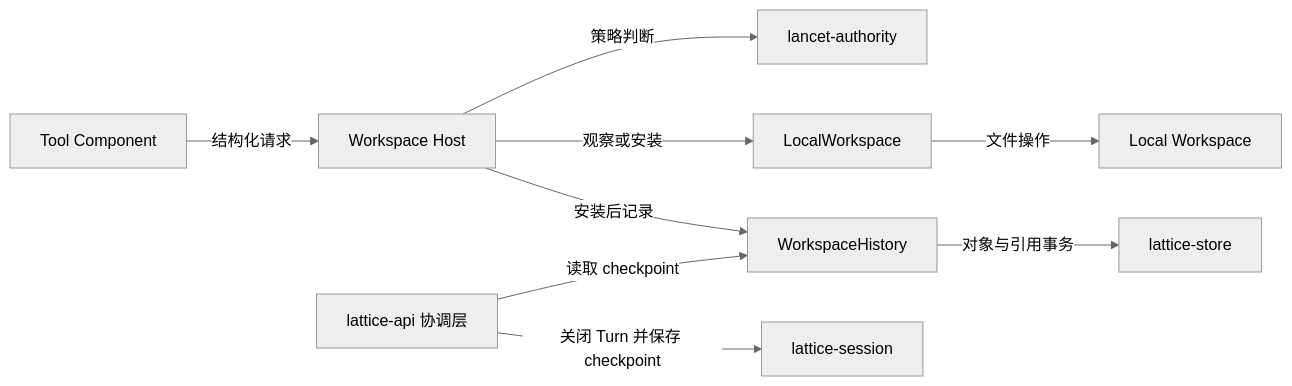
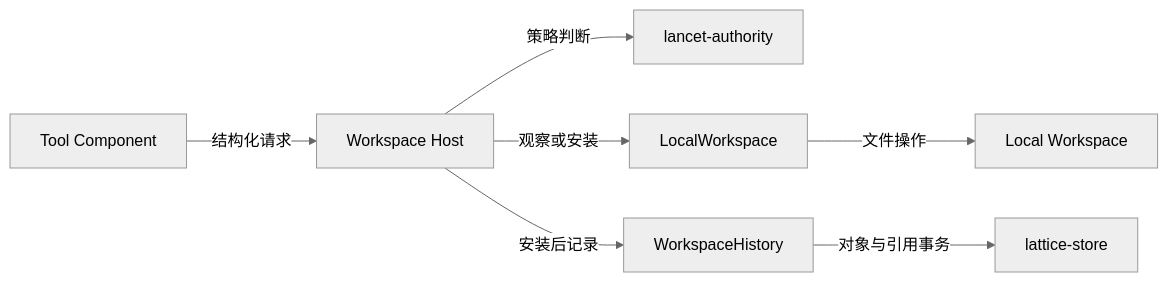
One commit to Skyline10124/lattice changed the diagram in docs/architecture/workspace.md. Above: the diagram before and after it, drawn with Mermaid (neutral theme). The commit also changed other lines of this file and 6 other files, not shown here.

First line of the commit message:
docs(architecture): 删除 Turn checkpoint，定义 Turn 末节点（待批准）

````diff
--- a/docs/architecture/workspace.md
+++ b/docs/architecture/workspace.md
@@ -45,11 +44,9 @@
 ```mermaid
 flowchart LR
     T["Tool Component"] -->|结构化请求| H["Workspace Host"]
     H -->|策略判断| P["lancet-authority"]
     H -->|观察或安装| W["LocalWorkspace"]
     W -->|文件操作| L["Local Workspace"]
     H -->|安装后记录| R["WorkspaceHistory"]
     R -->|对象与引用事务| S["lattice-store"]
-    C["lattice-api 协调层"] -->|读取 checkpoint| R
-    C -->|关闭 Turn 并保存 checkpoint| G["lattice-session"]
 ```
````
